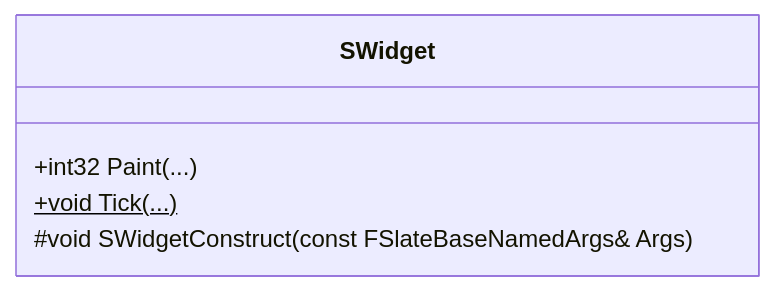
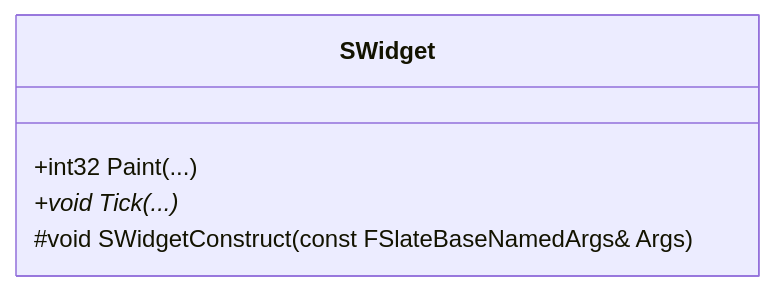
The second of 5 diagrams in ui/slate.md (LiPlus123/Notes-on-UE5), drawn with Mermaid before and after one commit. The commit also changed other lines of this file and 14 other files, not shown here.

````diff
--- a/ui/slate.md
+++ b/ui/slate.md
@@ -93,9 +93,9 @@
 ```mermaid
 classDiagram
     class SWidget {
         +int32 Paint(...)
-        +void Tick(...)$
+        +void Tick(...)*
 
         #void SWidgetConstruct(const FSlateBaseNamedArgs& Args)
     }
 ```
````
